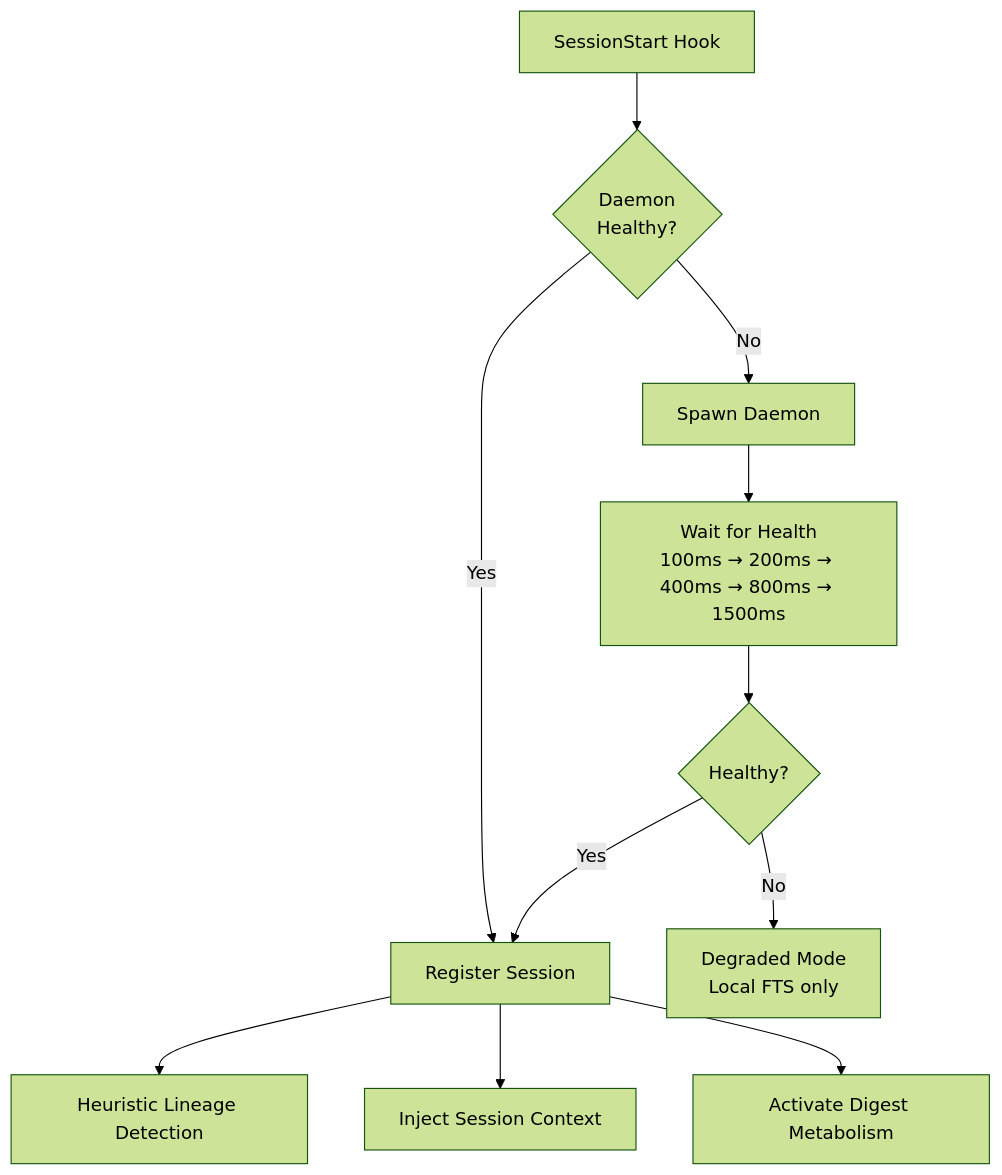
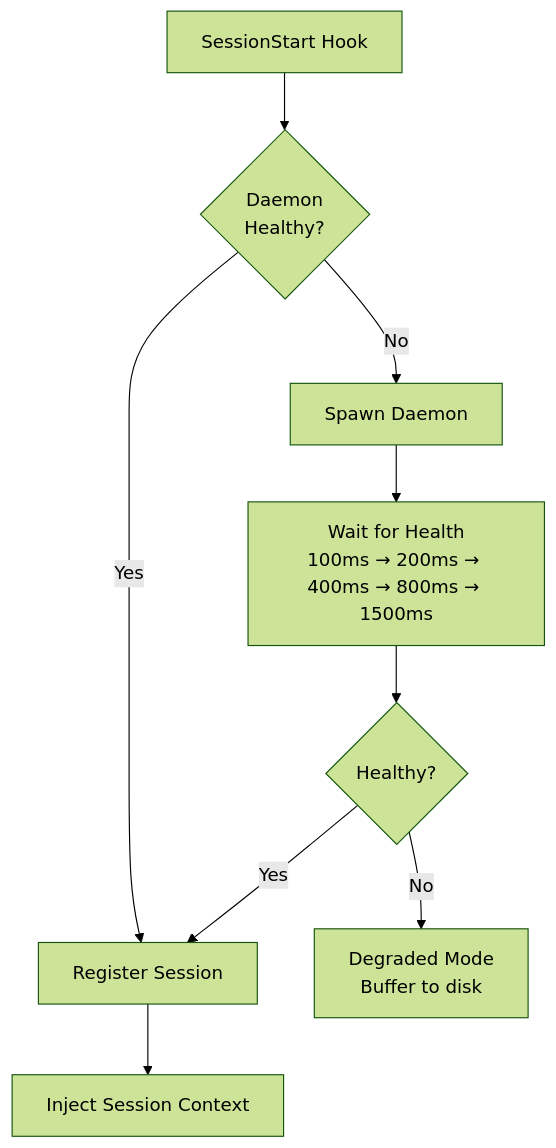
One commit to goondocks-co/myco changed the seventh of 8 diagrams in docs/lifecycle.md. Above: the diagram before and after it, drawn with Mermaid (forest theme). The commit also changed other lines of this file and 17 other files, not shown here.

````diff
--- a/docs/lifecycle.md
+++ b/docs/lifecycle.md
@@ -273,13 +293,11 @@
 ```mermaid
 flowchart TD
     Hook[SessionStart Hook] --> Health{Daemon<br/>Healthy?}
     Health -->|Yes| Register[Register Session]
     Health -->|No| Spawn[Spawn Daemon]
     Spawn --> Wait[Wait for Health<br/>100ms → 200ms → 400ms → 800ms → 1500ms]
     Wait --> Ready{Healthy?}
     Ready -->|Yes| Register
-    Ready -->|No| Degraded[Degraded Mode<br/>Local FTS only]
-    Register --> Lineage[Heuristic Lineage Detection]
+    Ready -->|No| Degraded[Degraded Mode<br/>Buffer to disk]
     Register --> Context[Inject Session Context]
-    Register --> Activate[Activate Digest Metabolism]
 ```
````
